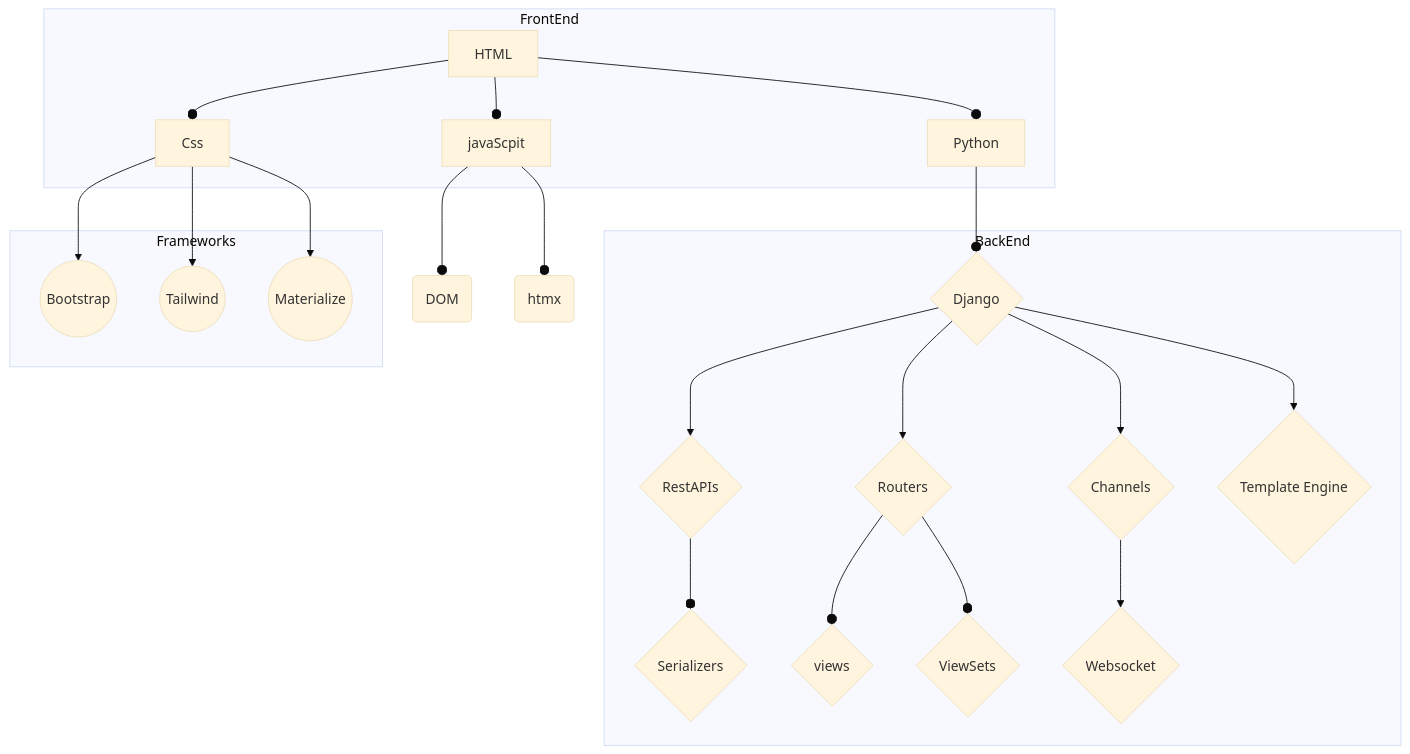
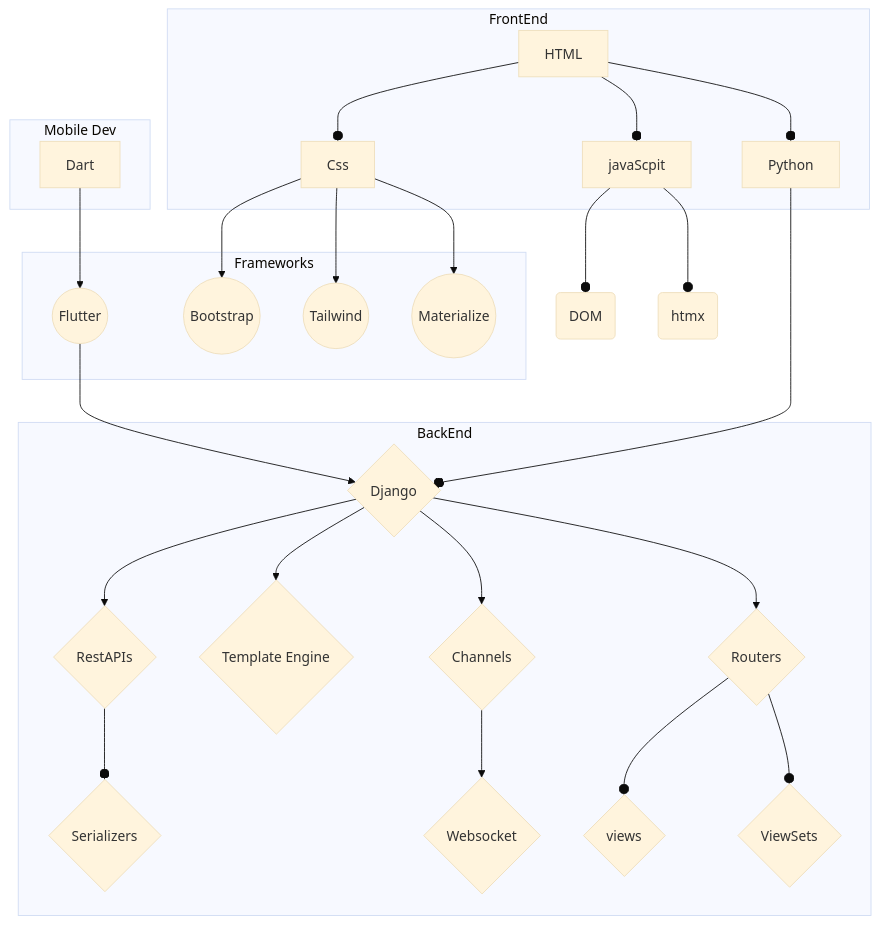
Before and after one commit to ByteRaider/ByteRaider: the diagram in README.md, drawn with Mermaid (base theme).

````diff
--- a/README.md
+++ b/README.md
@@ -25,61 +25,69 @@
 ```mermaid
 flowchart 
 f1[HTML]
 f2[Css]
 f3[javaScpit]
 f4[Python]
+f5[Dart]
 fw1(DOM)
 fw2(htmx)
 
 fw3((Bootstrap))
 fw4((Tailwind))
 fw5((Materialize))
+fw6((Flutter))
 b1{Django}
 b2{RestAPIs}
 b3{Serializers}
 b4{Channels}
 b5{Routers}
 b6{views}
 b7{ViewSets}
 b8{Template Engine}
 b9{Websocket}
  subgraph  BackEnd
 b1
 b2
 b3
 b4
 b5
 b6
 b7
 b8
 b9
  end  
  subgraph Frameworks 
 fw3
 fw4
 fw5
+fw6
  end
   subgraph  FrontEnd 
  f1
  f2
  f3
  f4
- end  
+ end
+ subgraph Mobile Dev
+ f5
+  end
  f1 --o f2
  f1 --o f3
  f1 --o f4
  f2 --> fw3
  f2 --> fw4
  f2 --> fw5
+ fw6 --> b1
  f3 --o fw1
  f3 --o fw2
  f4 --o b1
+ f5 --> fw6
  b1 --> b2
  b1 --> b8
  b2 --o b3
  b1 --> b4
  b4 --> b9
  b1 --> b5
  b5 --o b6
  b5 --o b7
  ```
````
